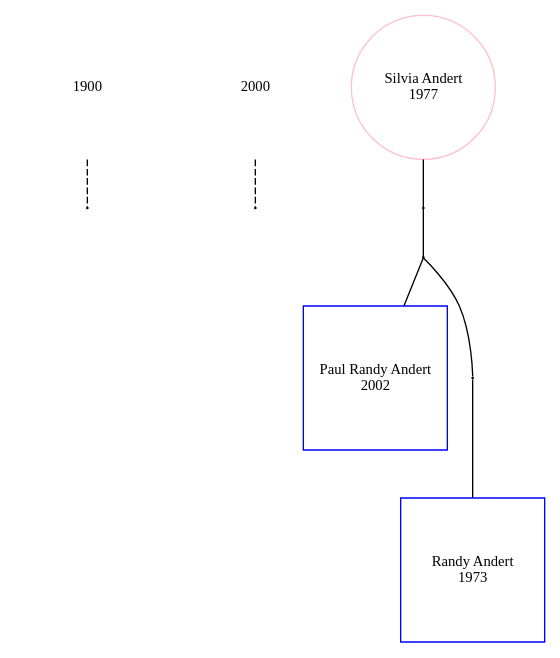
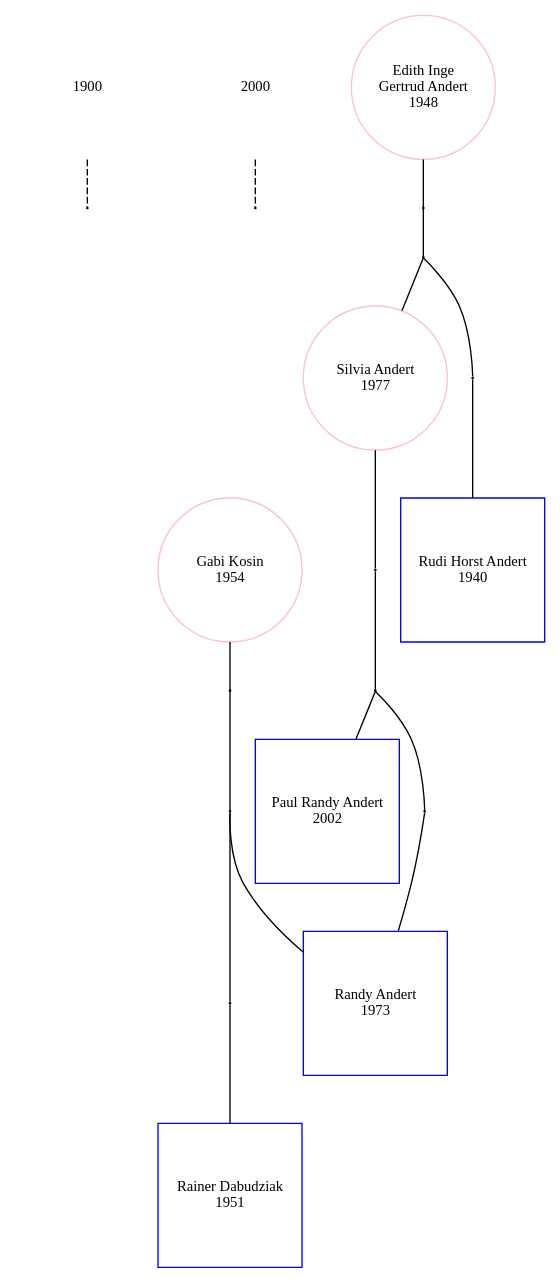
One commit to PaulAndert/Person changed the diagram in person/data.dot. Above: the diagram before and after it, drawn with Graphviz. The commit also changed 2 other files, not shown here.

```diff
--- a/person/data.dot
+++ b/person/data.dot
@@ -1,25 +1,54 @@
 digraph P {
     edge [dir=forward, arrowhead=none];
     node [fontsize=11, fixedsize=true, height=1.5, width=1.5];
     y1900 [shape=none, label="1900", pos="-15,0!"];
     y2000 [shape=none, label="2000", pos="-15,-12.5!"];
     y0 [shape=circle,label="",height=0.01,width=0.01, pos="15,0!"];
     y1 [shape=circle,label="",height=0.01,width=0.01, pos="15,-12.5!"];
     y1900 -> y0 [style=dashed] ; y2000 -> y1 [style=dashed]
 
 x0y_12_75 [shape=square, color="blue",label="Paul Randy Andert
 2002", pos="0,-12.75!"];
 
-x_1y_9_62 [shape=circle, color="pink",label="Silvia Andert
-1977", pos="-1,-9.625!"];
+x_2y_9_62 [shape=circle, color="pink",label="Silvia Andert
+1977", pos="-2,-9.625!"];
 
-x1y_9_12 [shape=square, color="blue",label="Randy Andert
-1973", pos="1,-9.125!"];
+x2y_9_12 [shape=square, color="blue",label="Randy Andert
+1973", pos="2,-9.125!"];
+x_2y_11_18 [shape=circle,label="",height=0.01,width=0.01, pos="-2,-11.1875!"];
 x0y_11_18 [shape=circle,label="",height=0.01,width=0.01, pos="0,-11.1875!"];
-x_1y_11_18 [shape=circle,label="",height=0.01,width=0.01, pos="-1,-11.1875!"];
-x1y_11_18 [shape=circle,label="",height=0.01,width=0.01, pos="1,-11.1875!"];
+x2y_11_18 [shape=circle,label="",height=0.01,width=0.01, pos="2,-11.1875!"];
 
-x_1y_9_62 -> x_1y_11_18 -> x0y_11_18 -> x1y_11_18 -> x1y_9_12 ; x0y_11_18 -> x0y_12_75
+x_2y_9_62 -> x_2y_11_18 -> x0y_11_18 -> x2y_11_18 -> x2y_9_12 ; x0y_11_18 -> x0y_12_75
+x_2y_9_62 [shape=circle, color="pink",label="Silvia Andert
+1977", pos="-2,-9.625!"];
+
+x_3y_6_0 [shape=circle, color="pink",label="Edith Inge
+Gertrud Andert 
+1948", pos="-3,-6!"];
+
+x_1y_5_0 [shape=square, color="blue",label="Rudi Horst Andert
+1940", pos="-1,-5!"];
+x_3y_7_81 [shape=circle,label="",height=0.01,width=0.01, pos="-3,-7.8125!"];
+x_2y_7_81 [shape=circle,label="",height=0.01,width=0.01, pos="-2,-7.8125!"];
+x_1y_7_81 [shape=circle,label="",height=0.01,width=0.01, pos="-1,-7.8125!"];
+
+x_3y_6_0 -> x_3y_7_81 -> x_2y_7_81 -> x_1y_7_81 -> x_1y_5_0 ; x_2y_7_81 -> x_2y_9_62
+
+
+x2y_9_12 [shape=square, color="blue",label="Randy Andert
+1973", pos="2,-9.125!"];
+
+x1y_6_75 [shape=circle, color="pink",label="Gabi Kosin
+1954", pos="1,-6.75!"];
+
+x3y_6_37 [shape=square, color="blue",label="Rainer Dabudziak
+1951", pos="3,-6.375!"];
+x1y_7_93 [shape=circle,label="",height=0.01,width=0.01, pos="1,-7.9375!"];
+x2y_7_93 [shape=circle,label="",height=0.01,width=0.01, pos="2,-7.9375!"];
+x3y_7_93 [shape=circle,label="",height=0.01,width=0.01, pos="3,-7.9375!"];
+
+x1y_6_75 -> x1y_7_93 -> x2y_7_93 -> x3y_7_93 -> x3y_6_37 ; x2y_7_93 -> x2y_9_12
 
 
 }
```
